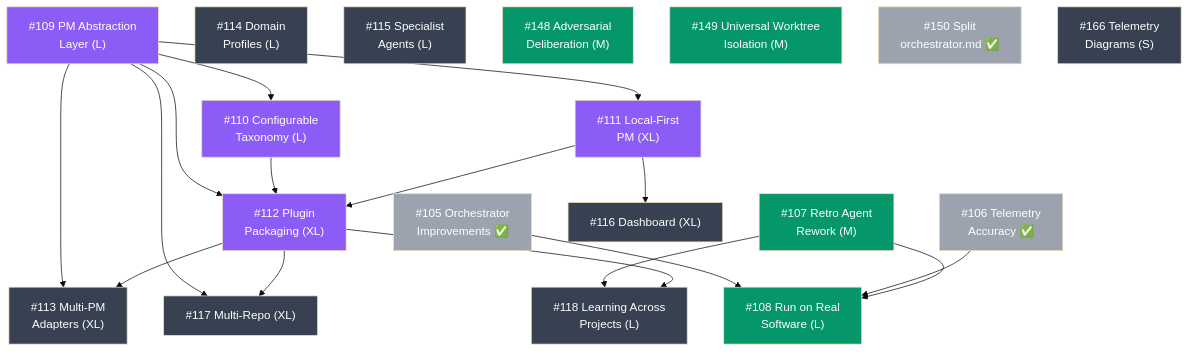
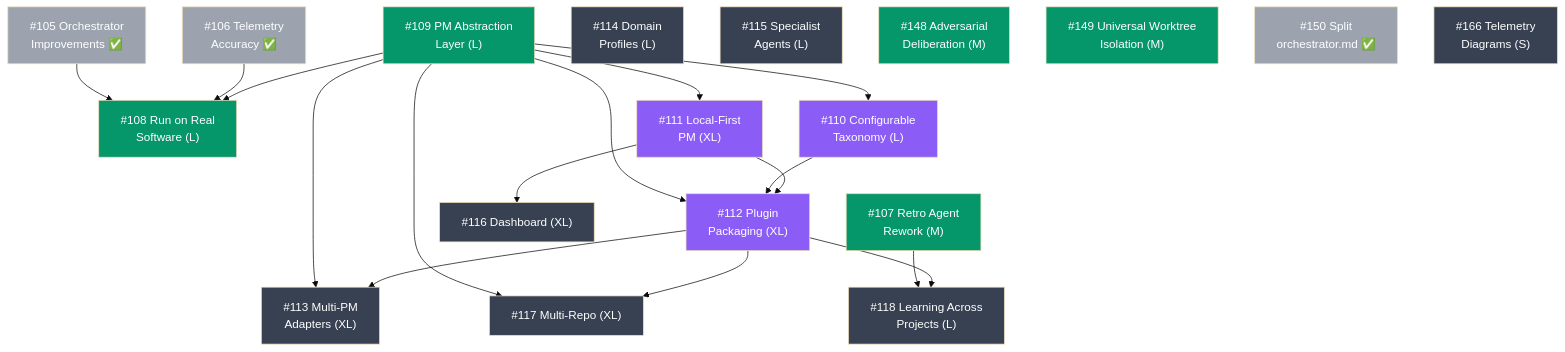
The diagram in docs/ROADMAP.md (carlosboeing/agentic-sdlc-workflow), drawn with Mermaid (base theme) before and after one commit. The commit also changed other lines of this file, not shown here.

First line of the commit message:
docs(roadmap): reprioritize — PM abstraction first, real software after

````diff
--- a/docs/ROADMAP.md
+++ b/docs/ROADMAP.md
@@ -9,56 +9,56 @@
 ```mermaid
 graph TD
     105["#105 Orchestrator<br/>Improvements ✅"]
     106["#106 Telemetry<br/>Accuracy ✅"]
     107["#107 Retro Agent<br/>Rework (M)"]
     108["#108 Run on Real<br/>Software (L)"]
     109["#109 PM Abstraction<br/>Layer (L)"]
     110["#110 Configurable<br/>Taxonomy (L)"]
     111["#111 Local-First<br/>PM (XL)"]
     112["#112 Plugin<br/>Packaging (XL)"]
     113["#113 Multi-PM<br/>Adapters (XL)"]
     114["#114 Domain<br/>Profiles (L)"]
     115["#115 Specialist<br/>Agents (L)"]
     116["#116 Dashboard (XL)"]
     117["#117 Multi-Repo (XL)"]
     118["#118 Learning Across<br/>Projects (L)"]
     148["#148 Adversarial<br/>Deliberation (M)"]
     149["#149 Universal Worktree<br/>Isolation (M)"]
     150["#150 Split<br/>orchestrator.md ✅"]
     166["#166 Telemetry<br/>Diagrams (S)"]
 
     105 --> 108
     106 --> 108
-    107 --> 108
+    109 --> 108
     109 --> 111
     109 --> 110
     109 --> 112
     109 --> 113
     109 --> 117
     110 --> 112
     111 --> 112
     111 --> 116
     107 --> 118
     112 --> 113
     112 --> 117
     112 --> 118
 
     style 105 fill:#9ca3af,color:#fff
     style 106 fill:#9ca3af,color:#fff
     style 107 fill:#059669,color:#fff
     style 108 fill:#059669,color:#fff
-    style 109 fill:#8b5cf6,color:#fff
+    style 109 fill:#059669,color:#fff
     style 110 fill:#8b5cf6,color:#fff
     style 111 fill:#8b5cf6,color:#fff
     style 112 fill:#8b5cf6,color:#fff
     style 113 fill:#374151,color:#fff
     style 114 fill:#374151,color:#fff
     style 115 fill:#374151,color:#fff
     style 116 fill:#374151,color:#fff
     style 117 fill:#374151,color:#fff
     style 118 fill:#374151,color:#fff
     style 148 fill:#059669,color:#fff
     style 149 fill:#059669,color:#fff
     style 150 fill:#9ca3af,color:#fff
     style 166 fill:#374151,color:#fff
 ```
````
